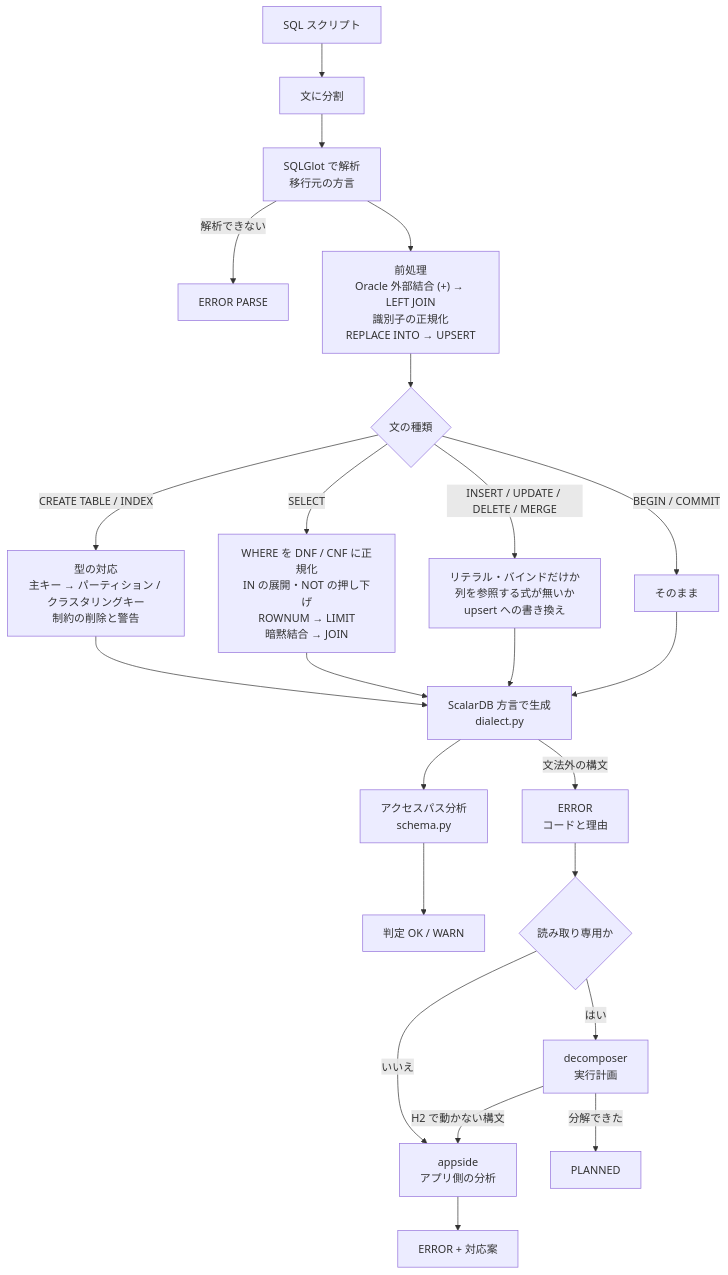
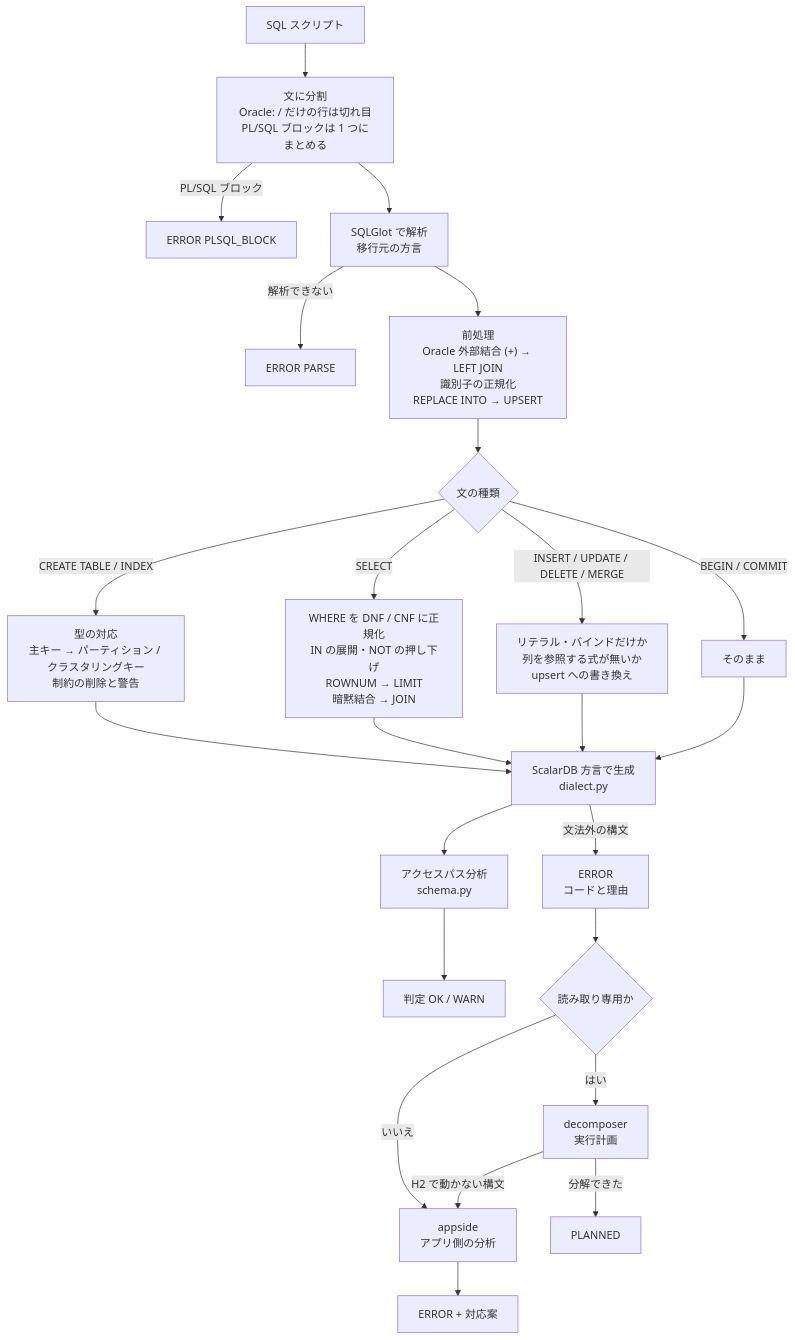
One commit to wfukatsu/sql-migration changed the fourth of 24 diagrams in docs/architecture.md. Above: the diagram before and after it, drawn with Mermaid. The commit also changed other lines of this file and 2 other files, not shown here.

````diff
--- a/docs/architecture.md
+++ b/docs/architecture.md
@@ -178,25 +178,26 @@
 ```mermaid
 flowchart TD
-    A["SQL スクリプト"] --> B["文に分割"]
+    A["SQL スクリプト"] --> B["文に分割<br/>Oracle: / だけの行は切れ目<br/>PL/SQL ブロックは 1 つにまとめる"]
+    B -- "PL/SQL ブロック" --> PB["ERROR PLSQL_BLOCK"]
     B --> C["SQLGlot で解析<br/>移行元の方言"]
     C -- "解析できない" --> PE["ERROR PARSE"]
     C --> D["前処理<br/>Oracle 外部結合 (+) → LEFT JOIN<br/>識別子の正規化<br/>REPLACE INTO → UPSERT"]
     D --> E{"文の種類"}
     E -- "CREATE TABLE / INDEX" --> T["型の対応<br/>主キー → パーティション / クラスタリングキー<br/>制約の削除と警告"]
     E -- SELECT --> S["WHERE を DNF / CNF に正規化<br/>IN の展開・NOT の押し下げ<br/>ROWNUM → LIMIT<br/>暗黙結合 → JOIN"]
     E -- "INSERT / UPDATE / DELETE / MERGE" --> W["リテラル・バインドだけか<br/>列を参照する式が無いか<br/>upsert への書き換え"]
     E -- "BEGIN / COMMIT" --> X["そのまま"]
     T --> G["ScalarDB 方言で生成<br/>dialect.py"]
     S --> G
     W --> G
     X --> G
     G -- "文法外の構文" --> U["ERROR<br/>コードと理由"]
     G --> AP["アクセスパス分析<br/>schema.py"]
     AP --> J["判定 OK / WARN"]
     U --> K{"読み取り専用か"}
     K -- はい --> DP["decomposer<br/>実行計画"]
     K -- いいえ --> AS["appside<br/>アプリ側の分析"]
     DP -- "分解できた" --> PL["PLANNED"]
     DP -- "H2 で動かない構文" --> AS
     AS --> ER["ERROR + 対応案"]
 ```
````
